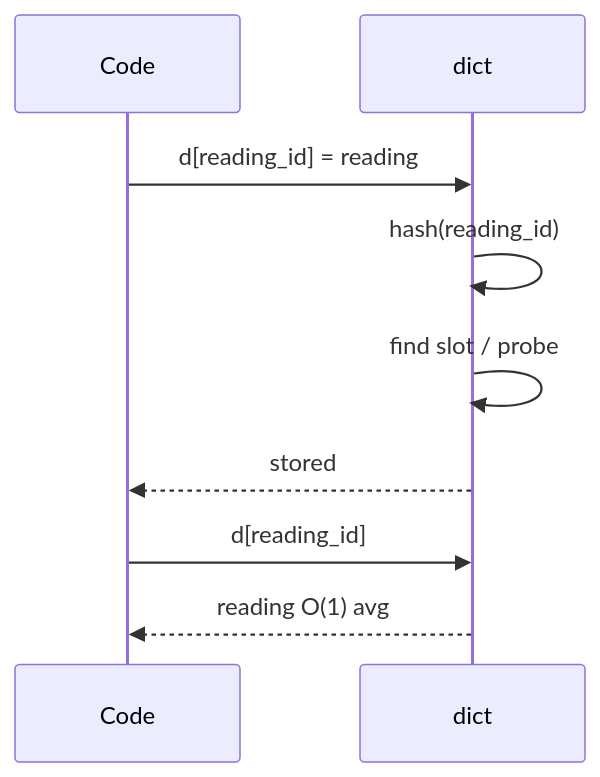
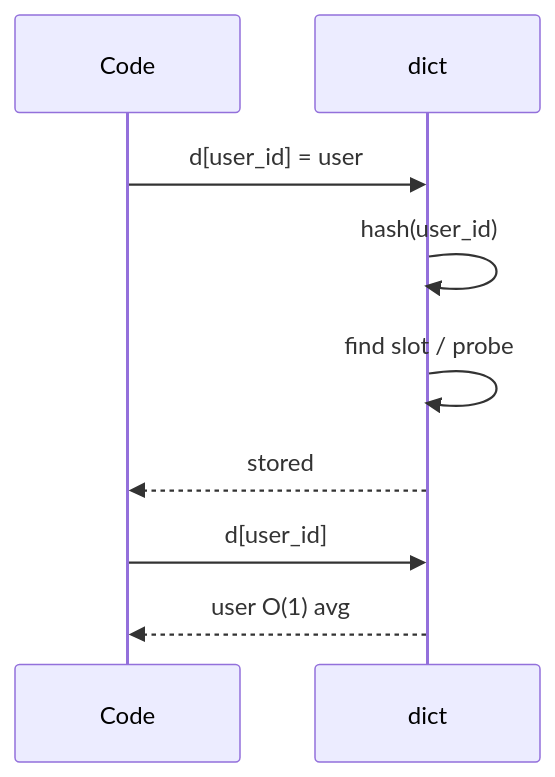
The second of 6 diagrams in docs/dsa/data-structures/hash-table/index.md (qgjones9/python-programming-guide), drawn with Mermaid before and after one commit. The commit also changed other lines of this file and 31 other files, not shown here.

````diff
--- a/docs/dsa/data-structures/hash-table/index.md
+++ b/docs/dsa/data-structures/hash-table/index.md
@@ -80,11 +79,11 @@
 ```mermaid
 sequenceDiagram
-  participant Code
-  participant Dict as dict
-  Code->>Dict: d[reading_id] = reading
-  Dict->>Dict: hash(reading_id)
-  Dict->>Dict: find slot / probe
-  Dict-->>Code: stored
-  Code->>Dict: d[reading_id]
-  Dict-->>Code: reading O(1) avg
+ participant Code
+ participant Dict as dict
+ Code->>Dict: d[user_id] = user
+ Dict->>Dict: hash(user_id)
+ Dict->>Dict: find slot / probe
+ Dict-->>Code: stored
+ Code->>Dict: d[user_id]
+ Dict-->>Code: user O(1) avg
 ```
````
